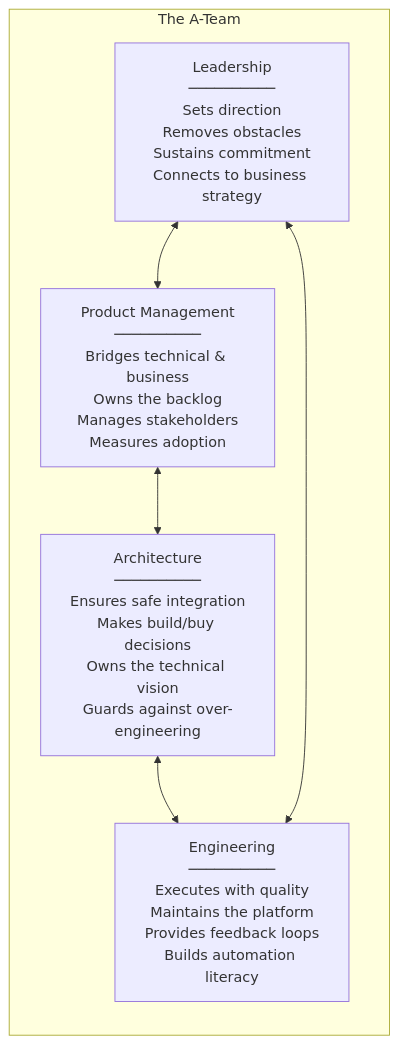
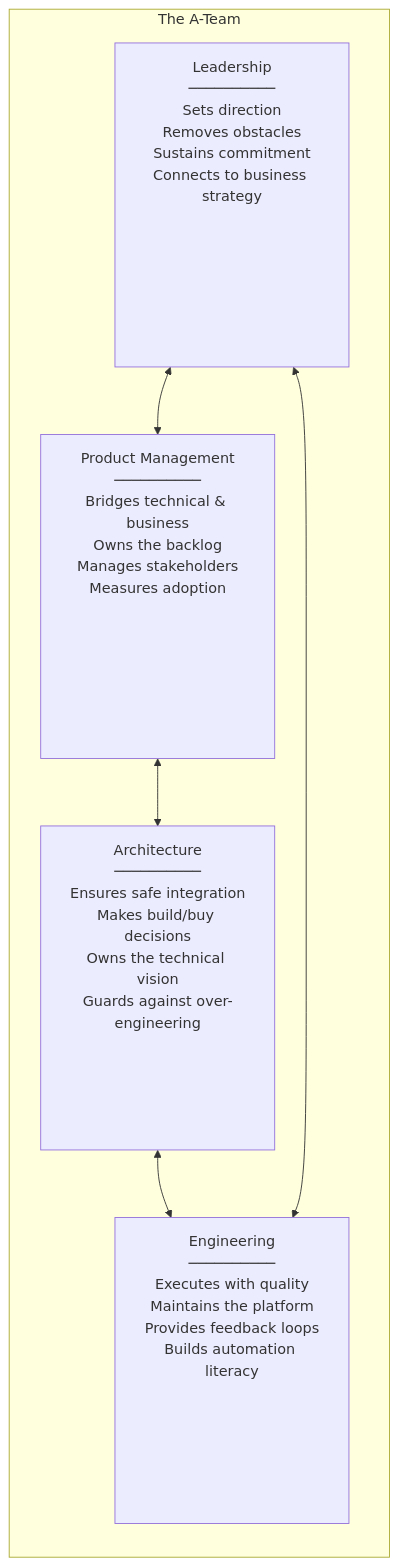
The second of 3 diagrams in 02-business-alignment/chapter.md (ppklau/network_automation_handbook), drawn with Mermaid before and after one commit. The commit also changed other lines of this file and 12 other files, not shown here.

Commit message:
Adjusted mermaid diagrams.

````diff
--- a/02-business-alignment/chapter.md
+++ b/02-business-alignment/chapter.md
@@ -187,14 +187,14 @@
 ```mermaid
 graph LR
     subgraph "The A-Team"
-        L["Leadership<br>──────────<br>Sets direction<br>Removes obstacles<br>Sustains commitment<br>Connects to business strategy"]
-        PM["Product Management<br>──────────<br>Bridges technical & business<br>Owns the backlog<br>Manages stakeholders<br>Measures adoption"]
-        A["Architecture<br>──────────<br>Ensures safe integration<br>Makes build/buy decisions<br>Owns the technical vision<br>Guards against over-engineering"]
-        E["Engineering<br>──────────<br>Executes with quality<br>Maintains the platform<br>Provides feedback loops<br>Builds automation literacy"]
+        L["<div style='min-height:330px'>Leadership<br>──────────<br>Sets direction<br>Removes obstacles<br>Sustains commitment<br>Connects to business strategy</div>"]
+        PM["<div style='min-height:330px'>Product Management<br>──────────<br>Bridges technical & business<br>Owns the backlog<br>Manages stakeholders<br>Measures adoption</div>"]
+        A["<div style='min-height:330px'>Architecture<br>──────────<br>Ensures safe integration<br>Makes build/buy decisions<br>Owns the technical vision<br>Guards against over-engineering</div>"]
+        E["<div style='min-height:310px'>Engineering<br>──────────<br>Executes with quality<br>Maintains the platform<br>Provides feedback loops<br>Builds automation literacy</div>"]
     end
 
     L <--> PM
     PM <--> A
     A <--> E
     L <--> E
 ```
````
